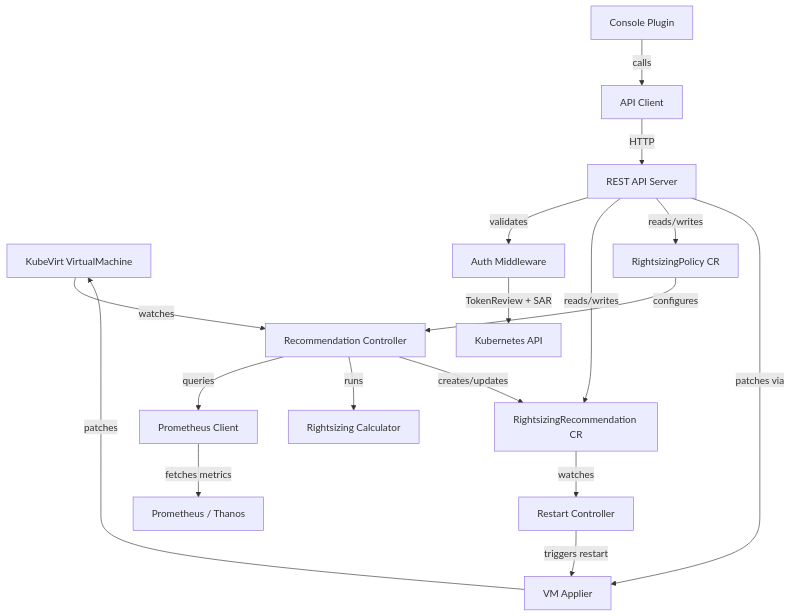
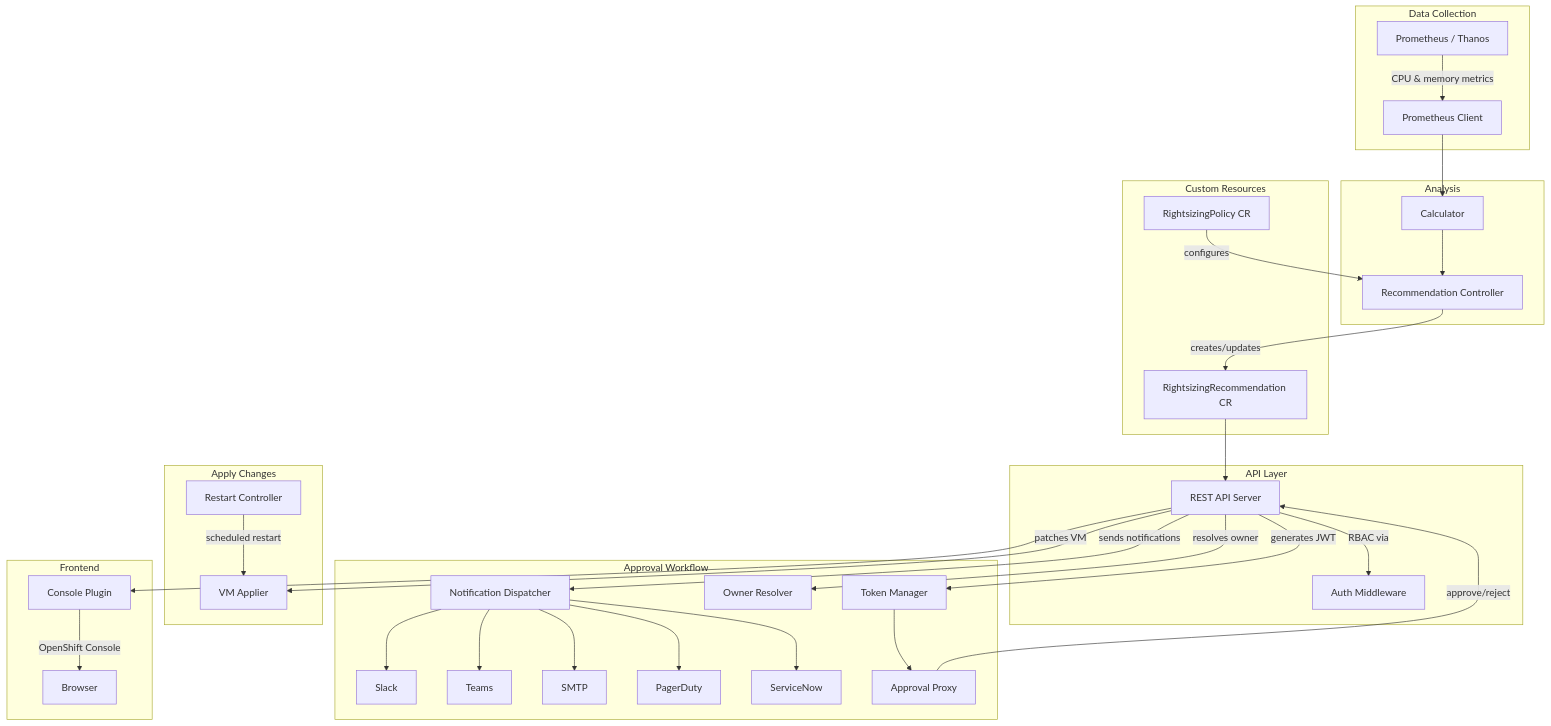
Before and after one commit to kborup-redhat/ovro: the diagram in docs/tutorial/README.md, drawn with Mermaid. The commit also changed other lines of this file and 20 other files, not shown here.

````diff
--- a/docs/tutorial/README.md
+++ b/docs/tutorial/README.md
@@ -28,19 +18,44 @@
 ```mermaid
 graph TD
-    VM[KubeVirt VirtualMachine] -->|watches| RC[Recommendation Controller]
-    RC -->|queries| PC[Prometheus Client]
-    PC -->|fetches metrics| PROM[Prometheus / Thanos]
-    RC -->|runs| CALC[Rightsizing Calculator]
-    RC -->|creates/updates| REC[RightsizingRecommendation CR]
-    POL[RightsizingPolicy CR] -->|configures| RC
-    REC -->|watches| RSTC[Restart Controller]
-    RSTC -->|triggers restart| APP[VM Applier]
-    APP -->|patches| VM
-    CONSOLE[Console Plugin] -->|calls| APIC[API Client]
-    APIC -->|HTTP| API[REST API Server]
-    API -->|validates| AUTH[Auth Middleware]
-    AUTH -->|TokenReview + SAR| K8S[Kubernetes API]
-    API -->|reads/writes| REC
-    API -->|reads/writes| POL
-    API -->|patches via| APP
+    subgraph "Data Collection"
+        A[Prometheus / Thanos] -->|CPU & memory metrics| B[Prometheus Client]
+    end
+
+    subgraph "Analysis"
+        B --> C[Calculator]
+        C --> D[Recommendation Controller]
+    end
+
+    subgraph "Custom Resources"
+        D -->|creates/updates| E[RightsizingRecommendation CR]
+        F[RightsizingPolicy CR] -->|configures| D
+    end
+
+    subgraph "API Layer"
+        E --> G[REST API Server]
+        G -->|RBAC via| H[Auth Middleware]
+    end
+
+    subgraph "Approval Workflow"
+        G -->|generates JWT| I[Token Manager]
+        G -->|resolves owner| J[Owner Resolver]
+        G -->|sends notifications| K[Notification Dispatcher]
+        K --> K1[Slack]
+        K --> K2[Teams]
+        K --> K3[SMTP]
+        K --> K4[PagerDuty]
+        K --> K5[ServiceNow]
+        I --> L[Approval Proxy]
+        L -->|approve/reject| G
+    end
+
+    subgraph "Apply Changes"
+        G -->|patches VM| M[VM Applier]
+        N[Restart Controller] -->|scheduled restart| M
+    end
+
+    subgraph "Frontend"
+        G --> O[Console Plugin]
+        O -->|OpenShift Console| P[Browser]
+    end
 ```
````
